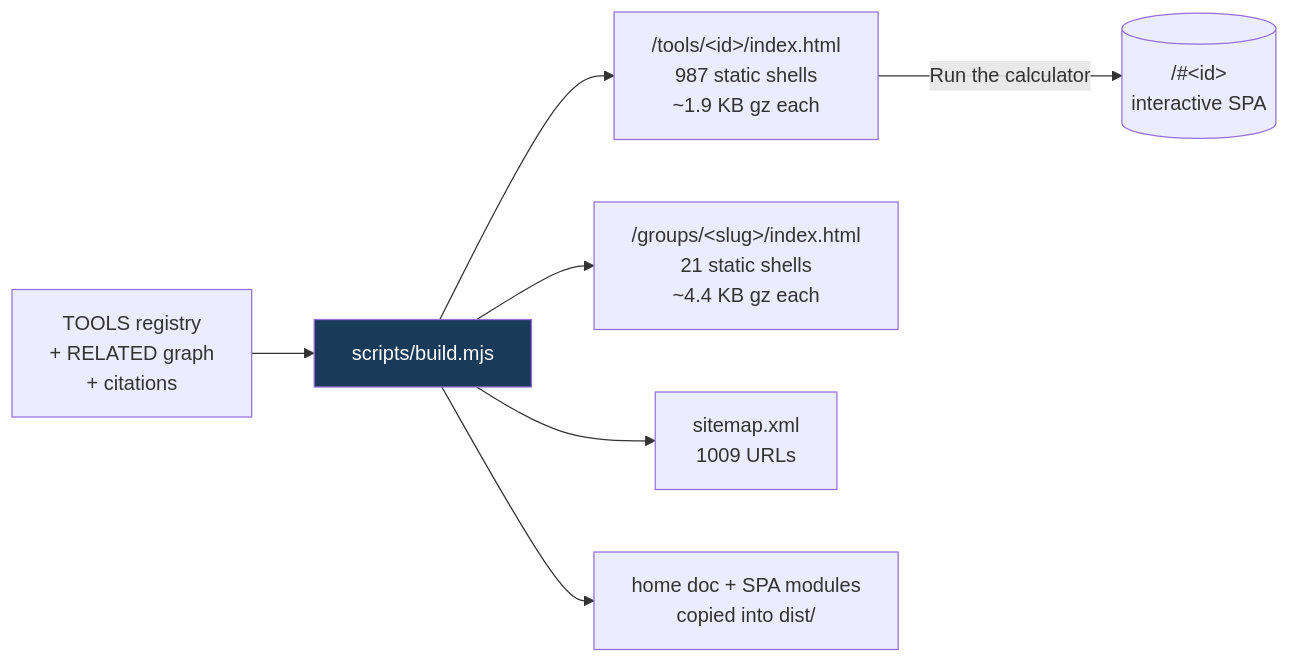
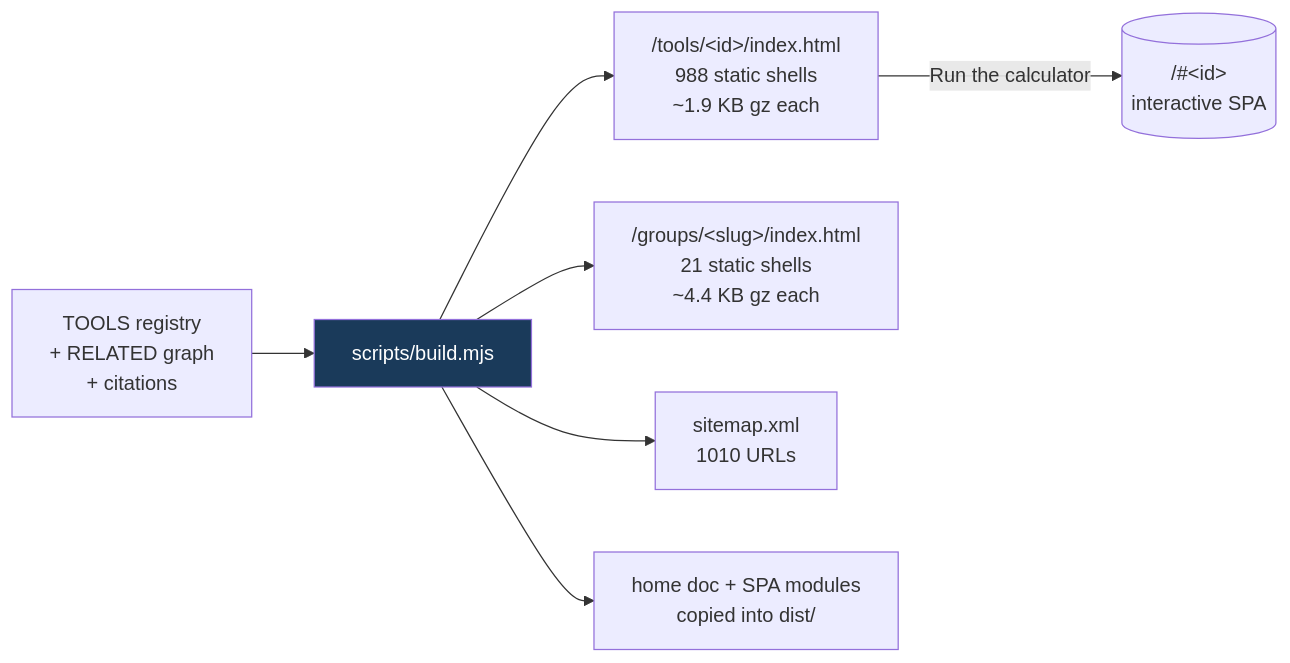
The fifth of 8 diagrams in README.md (clay-good/roughlogic.com), drawn with Mermaid before and after one commit. The commit also changed other lines of this file and 15 other files, not shown here.

````diff
--- a/README.md
+++ b/README.md
@@ -495,10 +495,10 @@
 ```mermaid
 flowchart LR
     SRC[TOOLS registry\n+ RELATED graph\n+ citations] --> BUILD[scripts/build.mjs]
-    BUILD --> TILE["/tools/&lt;id&gt;/index.html\n987 static shells\n~1.9 KB gz each"]
+    BUILD --> TILE["/tools/&lt;id&gt;/index.html\n988 static shells\n~1.9 KB gz each"]
     BUILD --> GROUP["/groups/&lt;slug&gt;/index.html\n21 static shells\n~4.4 KB gz each"]
-    BUILD --> MAP["sitemap.xml\n1009 URLs"]
+    BUILD --> MAP["sitemap.xml\n1010 URLs"]
     BUILD --> COPY[home doc + SPA modules\ncopied into dist/]
     TILE -->|Run the calculator| SPA[("/#&lt;id&gt;\ninteractive SPA")]
     style BUILD fill:#1a3a5a,color:#fff
 ```
````
